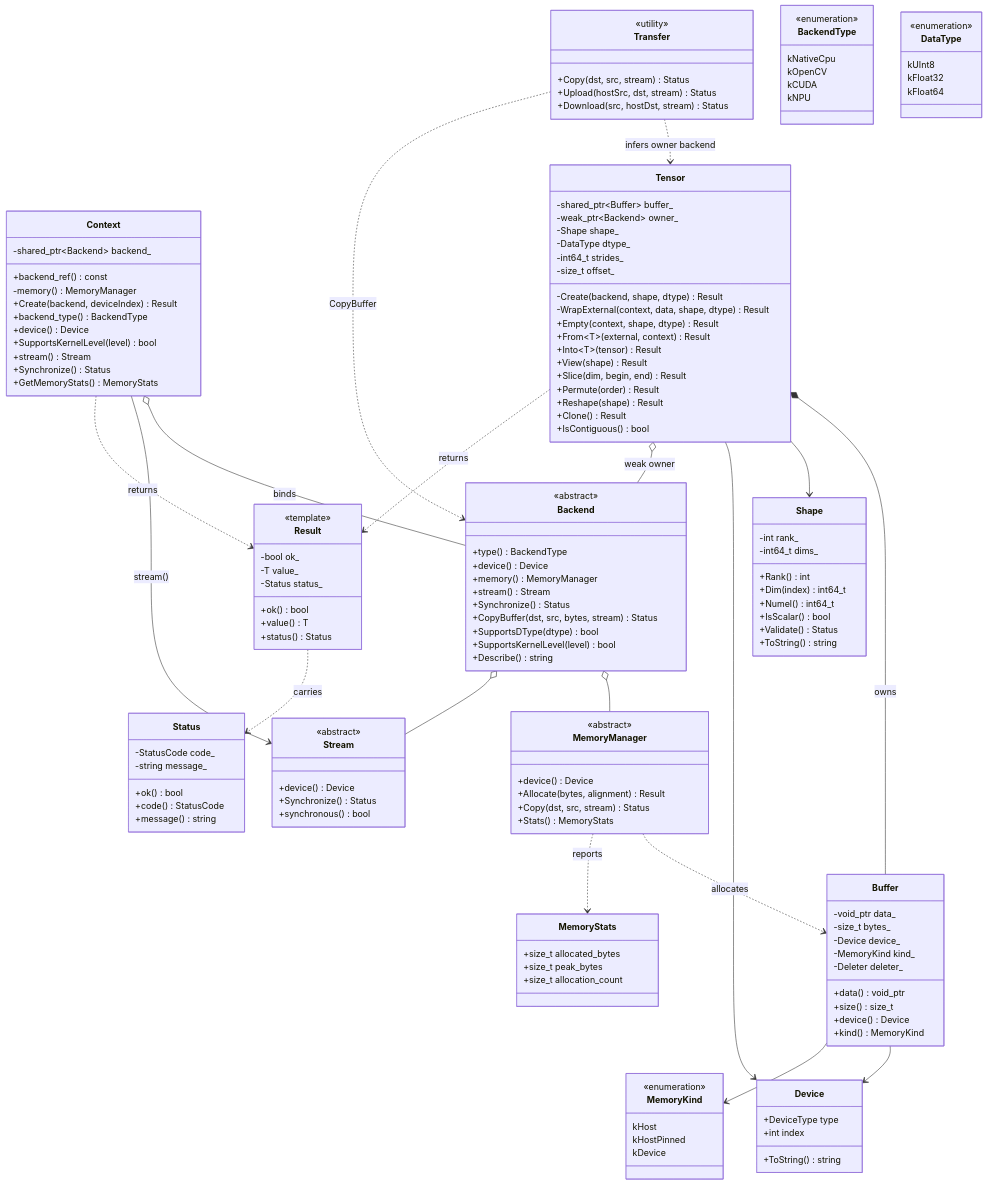
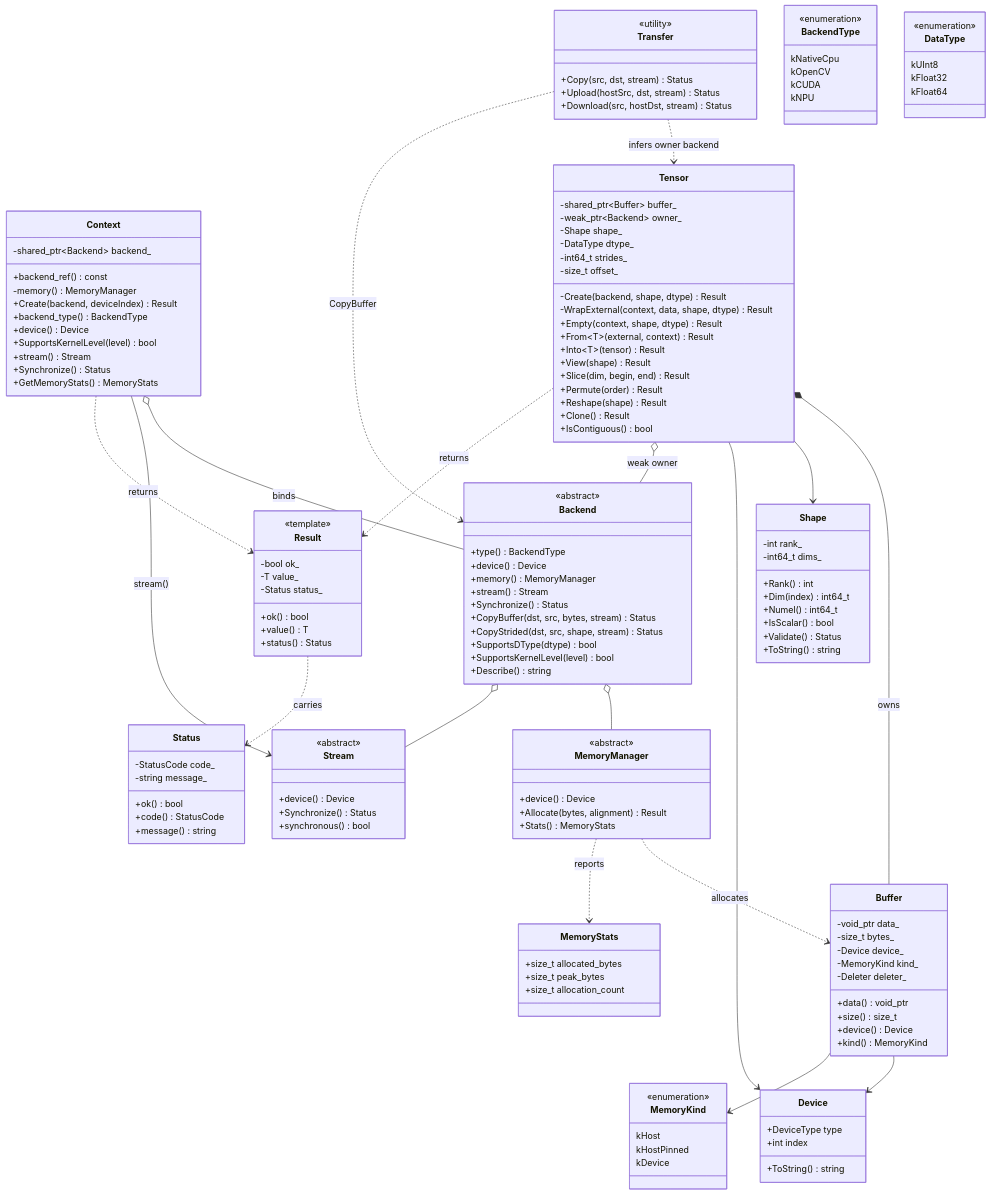
One commit to CourtJadeLiquor/hpcplatform changed the first of 3 diagrams in docs/architecture.md. Above: the diagram before and after it, drawn with Mermaid. The commit also changed other lines of this file and 38 other files, not shown here.

```diff
--- a/docs/architecture.md
+++ b/docs/architecture.md
@@ -400,7 +400,6 @@
     <<abstract>>
     +device() Device
     +Allocate(bytes, alignment) Result
-    +Copy(dst, src, stream) Status
     +Stats() MemoryStats
   }
 
@@ -419,6 +418,7 @@
     +stream() Stream
     +Synchronize() Status
     +CopyBuffer(dst, src, bytes, stream) Status
+    +CopyStrided(dst, src, shape, stream) Status
     +SupportsDType(dtype) bool
     +SupportsKernelLevel(level) bool
     +Describe() string
@@ -459,7 +459,7 @@
 
   class Transfer {
     <<utility>>
-    +Copy(dst, src, stream) Status
+    +Copy(src, dst, stream) Status
     +Upload(hostSrc, dst, stream) Status
     +Download(src, hostDst, stream) Status
   }
```
